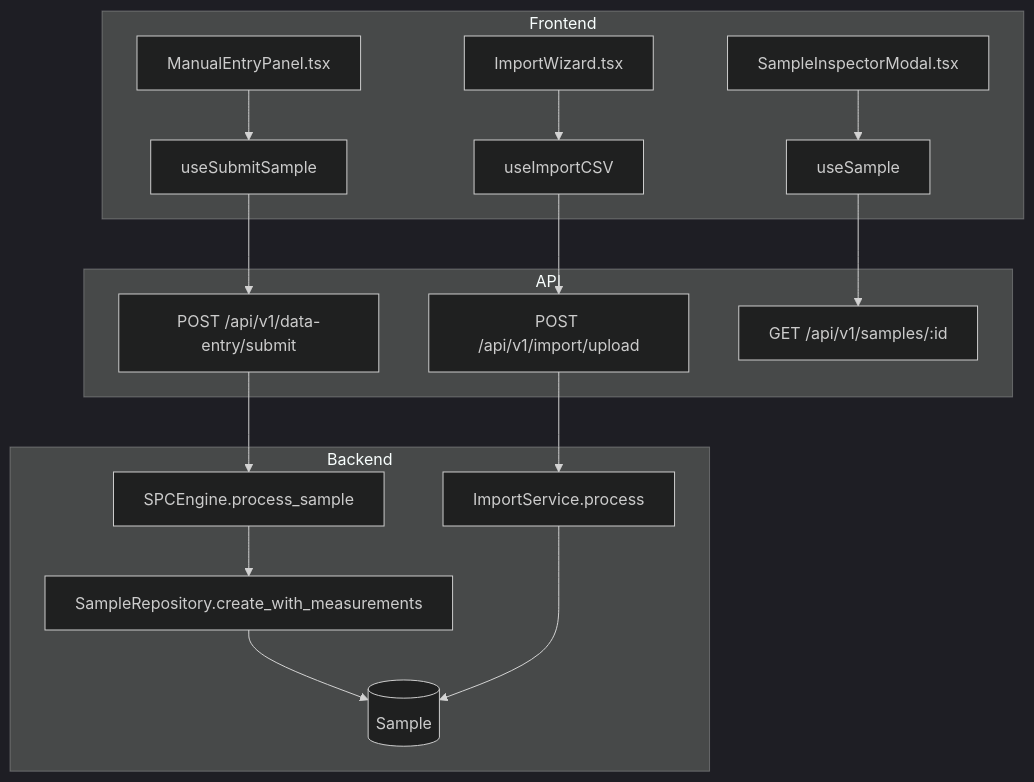
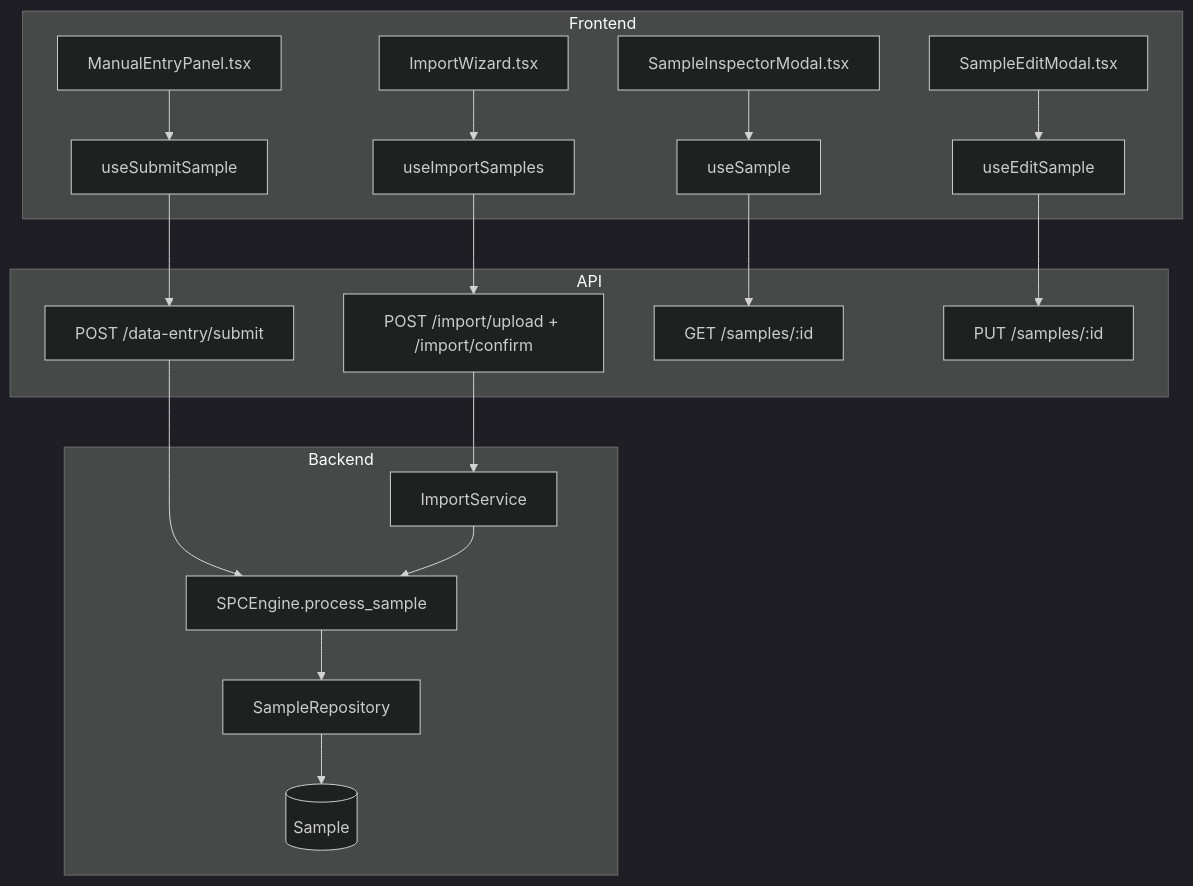
Before and after one commit to saturnis-io/cassini: the first of 2 diagrams in .knowledge/features/data-entry.md, drawn with Mermaid (dark theme). The commit also changed other lines of this file and 16 other files, not shown here.

First line of the commit message:
knowledge-graph: regenerate

````diff
--- a/.knowledge/features/data-entry.md
+++ b/.knowledge/features/data-entry.md
@@ -5,20 +5,22 @@
 ```mermaid
 flowchart TD
     subgraph Frontend
         C1[ManualEntryPanel.tsx] --> H1[useSubmitSample]
-        C2[ImportWizard.tsx] --> H2[useImportCSV]
+        C2[ImportWizard.tsx] --> H2[useImportSamples]
         C3[SampleInspectorModal.tsx] --> H3[useSample]
+        C4[SampleEditModal.tsx] --> H4[useEditSample]
     end
     subgraph API
-        H1 --> E1[POST /api/v1/data-entry/submit]
-        H2 --> E2[POST /api/v1/import/upload]
-        H3 --> E3[GET /api/v1/samples/:id]
+        H1 --> E1[POST /data-entry/submit]
+        H2 --> E2[POST /import/upload + /import/confirm]
+        H3 --> E3[GET /samples/:id]
+        H4 --> E4[PUT /samples/:id]
     end
     subgraph Backend
         E1 --> S1[SPCEngine.process_sample]
-        S1 --> R1[SampleRepository.create_with_measurements]
+        S1 --> R1[SampleRepository]
         R1 --> M1[(Sample)]
-        E2 --> S2[ImportService.process]
-        S2 --> M1
+        E2 --> S2[ImportService]
+        S2 --> S1
     end
 ```
````
